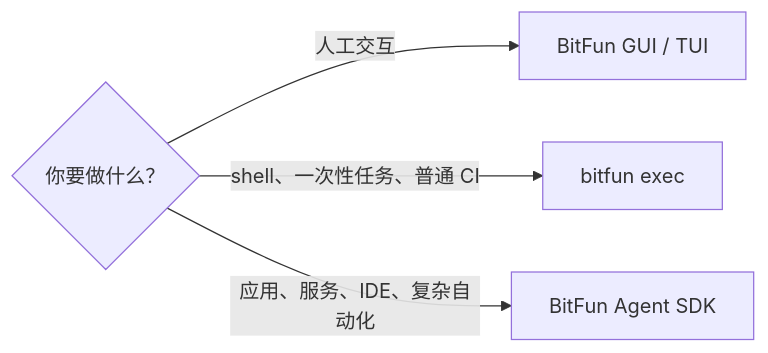
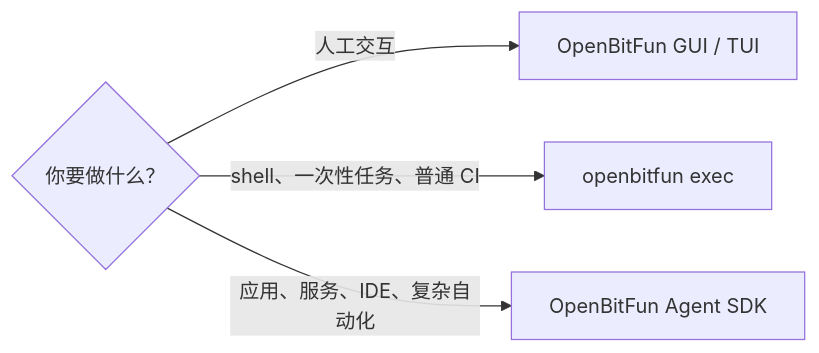
The first of 11 diagrams in docs/architecture/agent-sdk-product-architecture.md (1688mengdie/BitFun), drawn with Mermaid before and after one commit. The commit also changed other lines of this file and 4651 other files, not shown here.

Commit message:
refactor!: rename BitFun to OpenBitFun (#2795)

````diff
--- a/docs/architecture/agent-sdk-product-architecture.md
+++ b/docs/architecture/agent-sdk-product-architecture.md
@@ -41,7 +41,7 @@
 ```mermaid
 flowchart LR
   Need{"你要做什么？"}
-  Need -->|"人工交互"| Product["BitFun GUI / TUI"]
-  Need -->|"shell、一次性任务、普通 CI"| CLI["bitfun exec"]
-  Need -->|"应用、服务、IDE、复杂自动化"| SDK["BitFun Agent SDK"]
+  Need -->|"人工交互"| Product["OpenBitFun GUI / TUI"]
+  Need -->|"shell、一次性任务、普通 CI"| CLI["openbitfun exec"]
+  Need -->|"应用、服务、IDE、复杂自动化"| SDK["OpenBitFun Agent SDK"]
 ```
````
